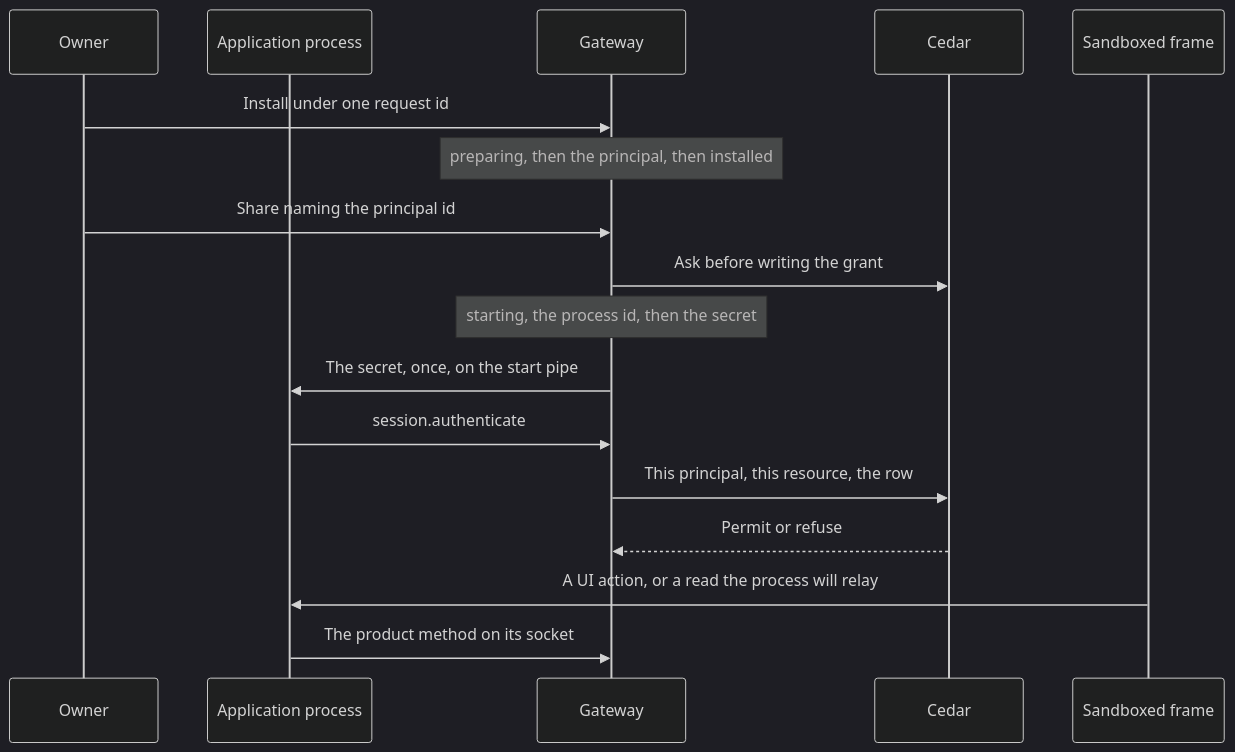
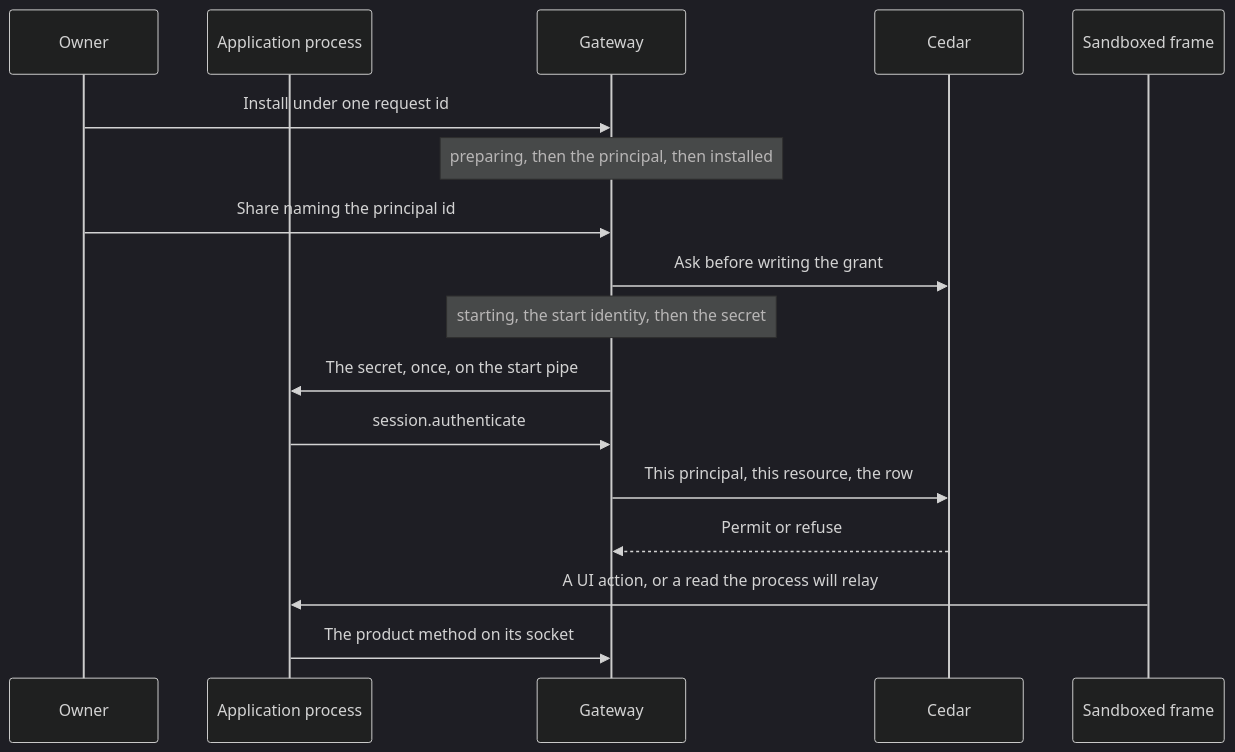
One commit to nessalabs/nessa-agent changed the third of 3 diagrams in docs/design/application-framework.md. Above: the diagram before and after it, drawn with Mermaid (dark theme). The commit also changed other lines of this file, not shown here.

First line of the commit message:
Give the application lifecycle one owner, one identity, and one audit.

````diff
--- a/docs/design/application-framework.md
+++ b/docs/design/application-framework.md
@@ -453,19 +511,19 @@
 ```mermaid
 sequenceDiagram
   participant Owner
   participant Process as Application process
   participant Gateway
   participant Cedar
   participant Frame as Sandboxed frame
   Owner->>Gateway: Install under one request id
   Note over Gateway: preparing, then the principal, then installed
   Owner->>Gateway: Share naming the principal id
   Gateway->>Cedar: Ask before writing the grant
-  Note over Gateway: starting, the process id, then the secret
+  Note over Gateway: starting, the start identity, then the secret
   Gateway->>Process: The secret, once, on the start pipe
   Process->>Gateway: session.authenticate
   Gateway->>Cedar: This principal, this resource, the row
   Cedar-->>Gateway: Permit or refuse
   Frame->>Process: A UI action, or a read the process will relay
   Process->>Gateway: The product method on its socket
 ```
````
